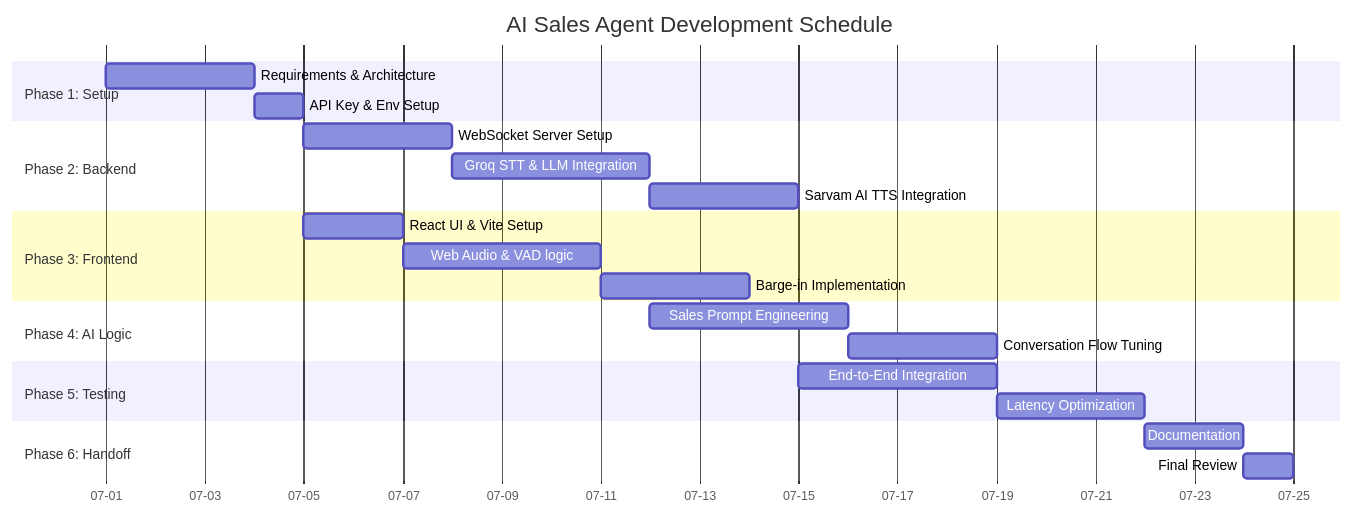
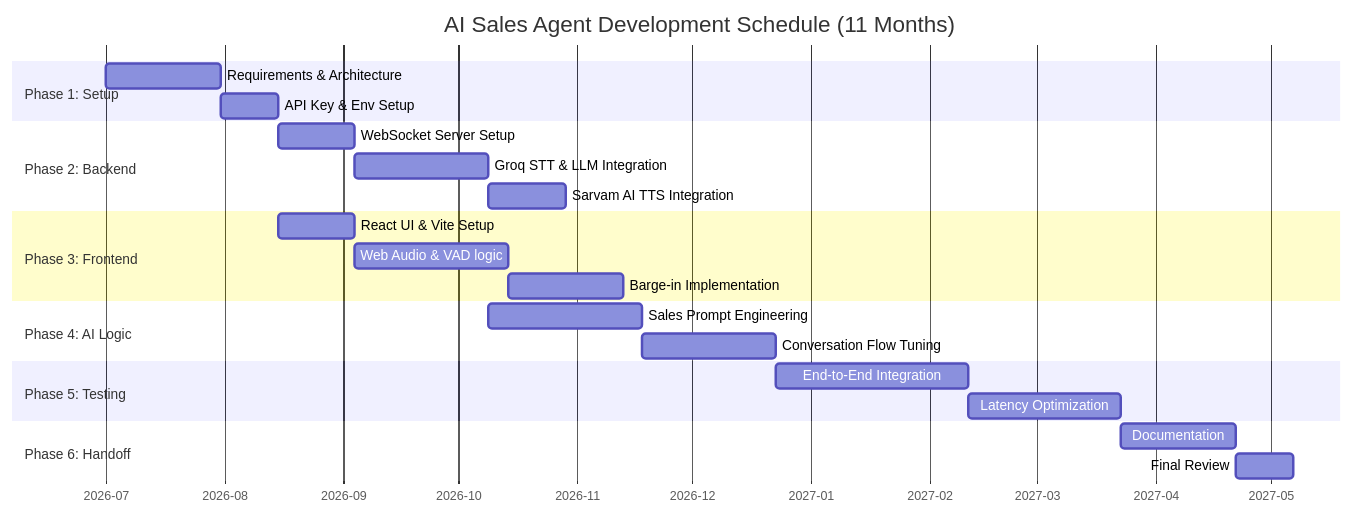
Before and after one commit to yugaaank/SellWise: the first of 3 diagrams in main.md, drawn with Mermaid. The commit also changed other lines of this file and 2 other files, not shown here.

Commit message:
changed the name and timeline

````diff
--- a/main.md
+++ b/main.md
@@ -22,32 +22,32 @@
 ```mermaid
 gantt
-    title AI Sales Agent Development Schedule
+    title AI Sales Agent Development Schedule (11 Months)
     dateFormat  YYYY-MM-DD
-    axisFormat  %m-%d
+    axisFormat  %Y-%m
     
     section Phase 1: Setup
-    Requirements & Architecture :a1, 2026-07-01, 3d
-    API Key & Env Setup        :a2, after a1, 1d
+    Requirements & Architecture :a1, 2026-07-01, 30d
+    API Key & Env Setup        :a2, after a1, 15d
     
     section Phase 2: Backend
-    WebSocket Server Setup     :b1, after a2, 3d
-    Groq STT & LLM Integration :b2, after b1, 4d
-    Sarvam AI TTS Integration  :b3, after b2, 3d
+    WebSocket Server Setup     :b1, after a2, 20d
+    Groq STT & LLM Integration :b2, after b1, 35d
+    Sarvam AI TTS Integration  :b3, after b2, 20d
     
     section Phase 3: Frontend
-    React UI & Vite Setup      :c1, after a2, 2d
-    Web Audio & VAD logic      :c2, after c1, 4d
-    Barge-in Implementation    :c3, after c2, 3d
+    React UI & Vite Setup      :c1, after a2, 20d
+    Web Audio & VAD logic      :c2, after c1, 40d
+    Barge-in Implementation    :c3, after c2, 30d
     
     section Phase 4: AI Logic
-    Sales Prompt Engineering   :d1, after b2, 4d
-    Conversation Flow Tuning   :d2, after d1, 3d
+    Sales Prompt Engineering   :d1, after b2, 40d
+    Conversation Flow Tuning   :d2, after d1, 35d
     
     section Phase 5: Testing
-    End-to-End Integration     :e1, after b3, 4d
-    Latency Optimization       :e2, after e1, 3d
+    End-to-End Integration     :e1, after d2, 50d
+    Latency Optimization       :e2, after e1, 40d
     
     section Phase 6: Handoff
-    Documentation              :f1, after e2, 2d
-    Final Review               :f2, after f1, 1d
+    Documentation              :f1, after e2, 30d
+    Final Review               :f2, after f1, 15d
 ```
````
